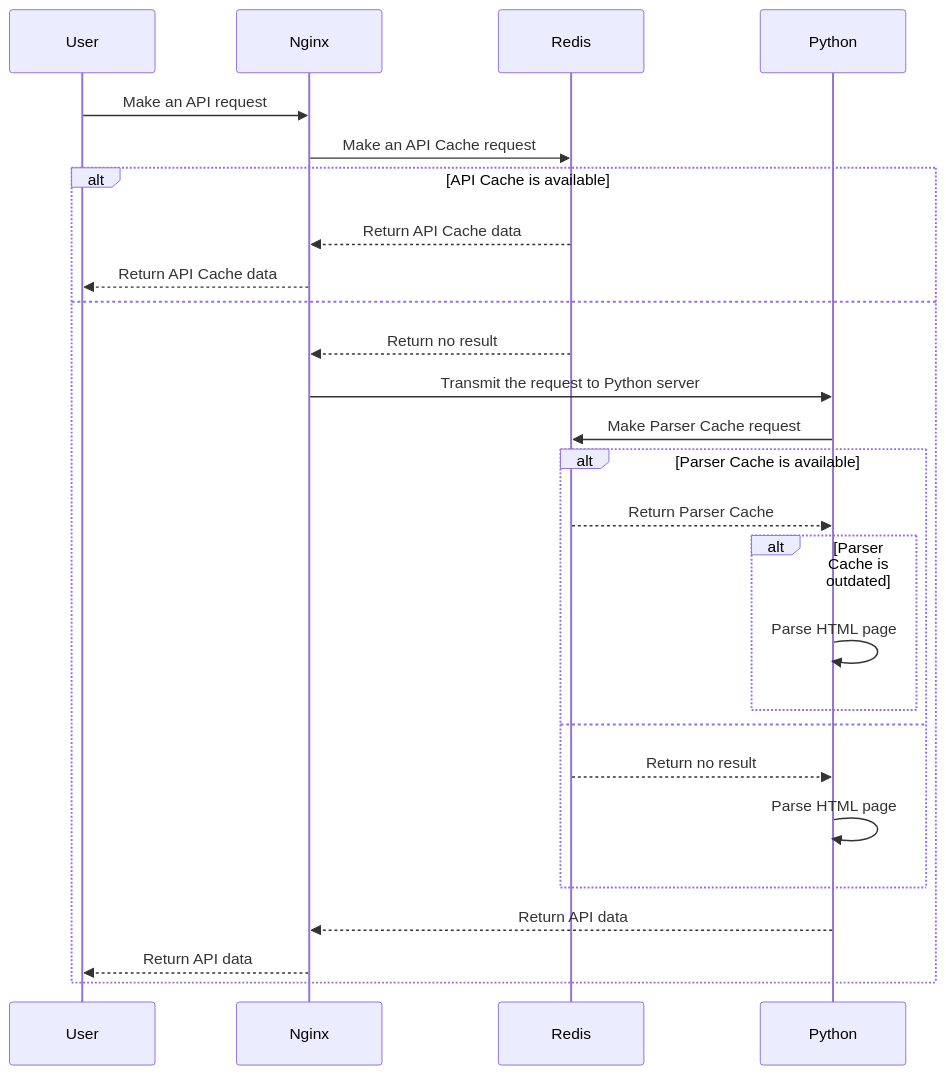
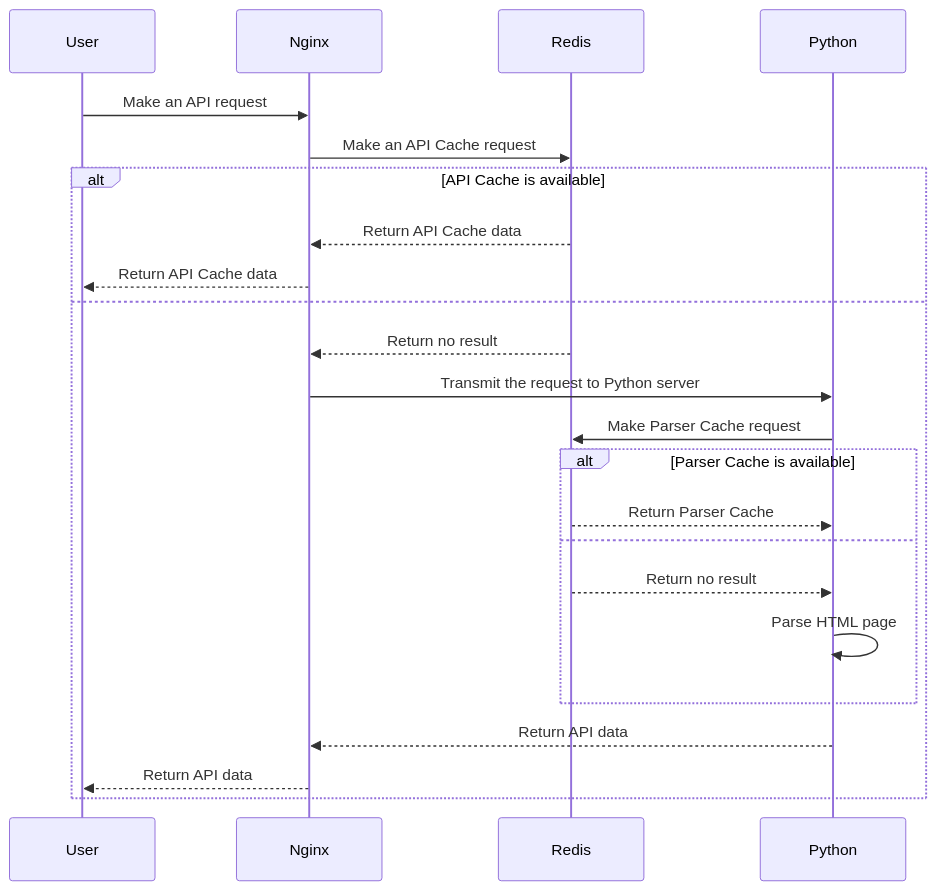
One commit to TeKrop/overfast-api changed the first of 3 diagrams in README.md. Above: the diagram before and after it, drawn with Mermaid. The commit also changed other lines of this file and 38 other files, not shown here.

````diff
--- a/README.md
+++ b/README.md
@@ -62,25 +63,22 @@
 ```mermaid
 sequenceDiagram
     participant User
     User->>Nginx: Make an API request
     Nginx->>Redis: Make an API Cache request
     alt API Cache is available
         Redis-->>Nginx: Return API Cache data
         Nginx-->>User: Return API Cache data
     else
         Redis-->>Nginx: Return no result
         Nginx->>Python: Transmit the request to Python server
         Python->>Redis: Make Parser Cache request
         alt Parser Cache is available
             Redis-->>Python: Return Parser Cache
-            alt Parser Cache is outdated
-               Python->>Python: Parse HTML page
-            end
         else
             Redis-->>Python: Return no result
             Python->>Python: Parse HTML page
         end
         Python-->>Nginx: Return API data
         Nginx-->>User: Return API data
     end
 ```
````
